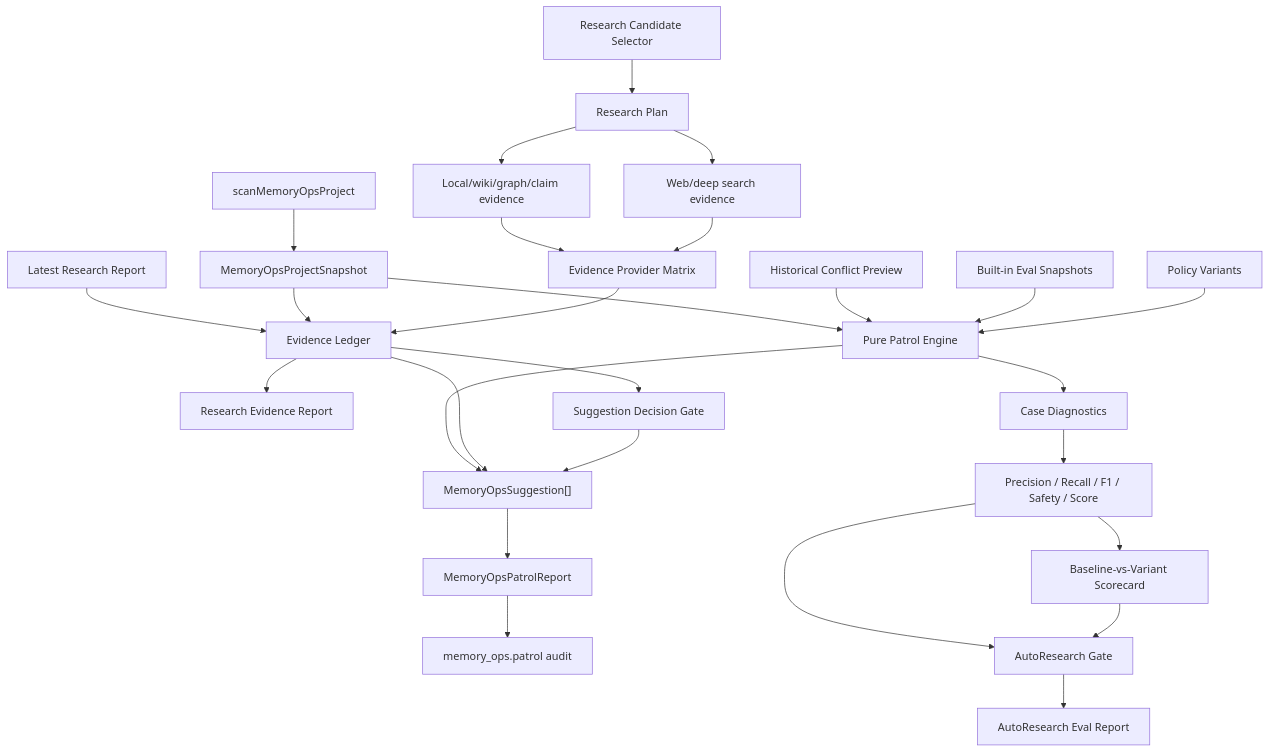
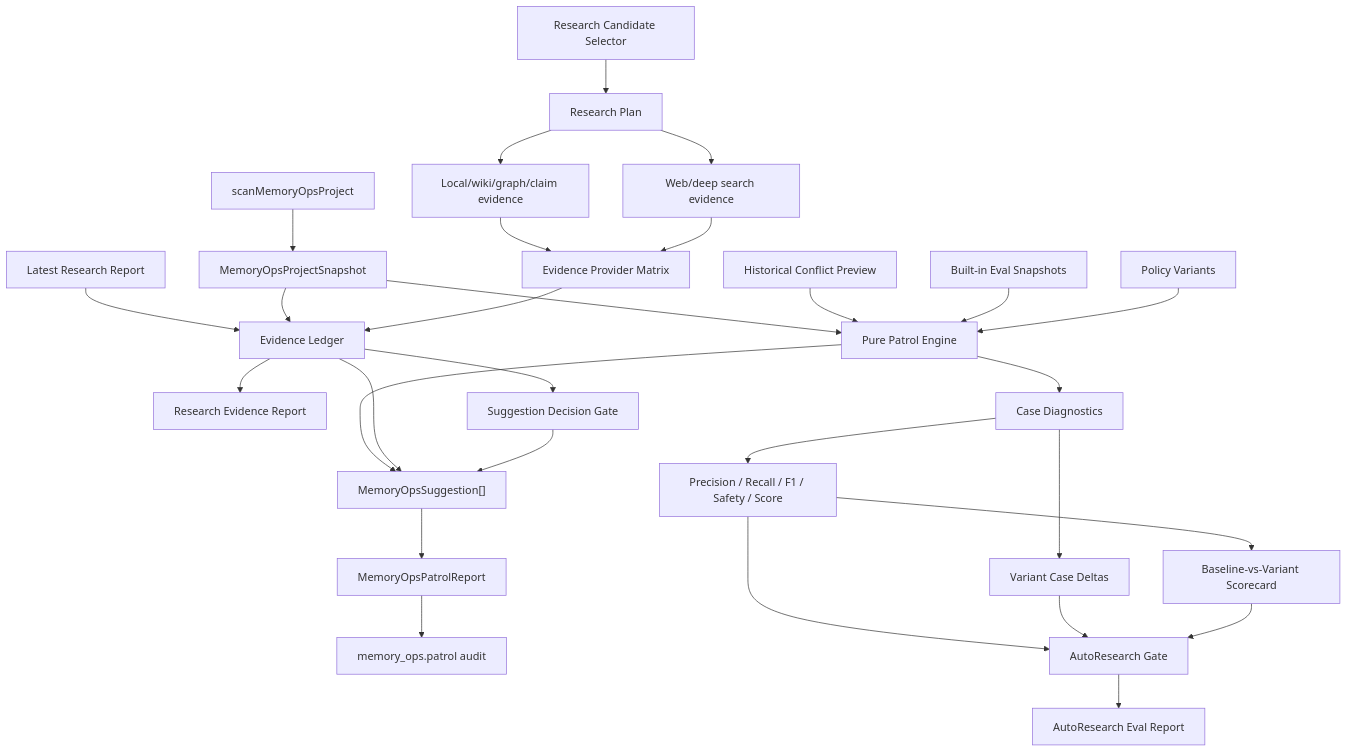
One commit to hammersmith-xie/llm_wiki_v2 changed the diagram in docs/memory-ops-deep-research-autoresearch/requirements.md. Above: the diagram before and after it, drawn with Mermaid. The commit also changed other lines of this file and 15 other files, not shown here.

Commit message:
feat: add memory ops variant diagnostics

````diff
--- a/docs/memory-ops-deep-research-autoresearch/requirements.md
+++ b/docs/memory-ops-deep-research-autoresearch/requirements.md
@@ -261,31 +285,33 @@
 ```mermaid
 flowchart TD
   Scan["scanMemoryOpsProject"] --> Snapshot["MemoryOpsProjectSnapshot"]
   Snapshot --> Engine["Pure Patrol Engine"]
   History["Historical Conflict Preview"] --> Engine
   LatestResearch["Latest Research Report"] --> Ledger["Evidence Ledger"]
   Snapshot --> Ledger
   Engine --> Suggestions["MemoryOpsSuggestion[]"]
   Ledger --> Suggestions
   Suggestions --> PatrolReport["MemoryOpsPatrolReport"]
   PatrolReport --> Audit["memory_ops.patrol audit"]
 
   Candidates["Research Candidate Selector"] --> Plan["Research Plan"]
   Plan --> LocalEvidence["Local/wiki/graph/claim evidence"]
   Plan --> WebEvidence["Web/deep search evidence"]
   LocalEvidence --> Matrix["Evidence Provider Matrix"]
   WebEvidence --> Matrix
   Matrix --> Ledger
   Ledger --> ResearchReport["Research Evidence Report"]
 
   Fixtures["Built-in Eval Snapshots"] --> Engine
   PolicyVariants["Policy Variants"] --> Engine
   Engine --> EvalCaseDiagnostics["Case Diagnostics"]
   EvalCaseDiagnostics --> EvalMetrics["Precision / Recall / F1 / Safety / Score"]
   EvalMetrics --> EvalGate["AutoResearch Gate"]
   EvalMetrics --> Scorecard["Baseline-vs-Variant Scorecard"]
+  EvalCaseDiagnostics --> VariantCases["Variant Case Deltas"]
+  VariantCases --> EvalGate
   Scorecard --> EvalGate
   EvalGate --> EvalReport["AutoResearch Eval Report"]
   Ledger --> DecisionGate["Suggestion Decision Gate"]
   DecisionGate --> Suggestions
 ```
````
